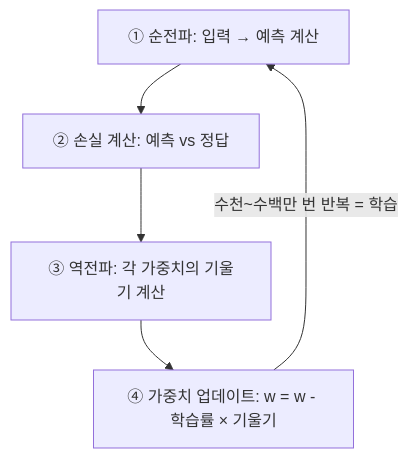
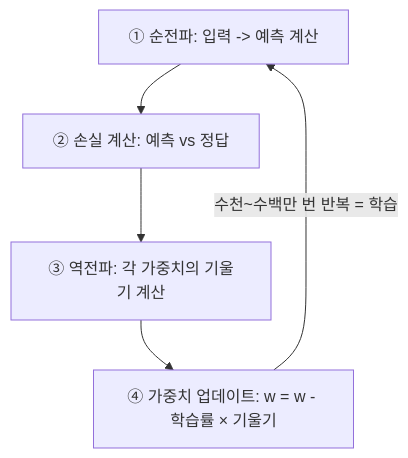
The third of 3 diagrams in docs/chapters/01-ai-basics/how-learning-works.md (speson/tom-learn-ai), drawn with Mermaid before and after one commit. The commit also changed 5 other files, not shown here.

First line of the commit message:
Mermaid 문법 호환성 수정

````diff
--- a/docs/chapters/01-ai-basics/how-learning-works.md
+++ b/docs/chapters/01-ai-basics/how-learning-works.md
@@ -154,9 +154,9 @@
 ```mermaid
 graph TD
-    S1["① 순전파: 입력 → 예측 계산"]
+    S1["① 순전파: 입력 -> 예측 계산"]
     S2["② 손실 계산: 예측 vs 정답"]
     S3["③ 역전파: 각 가중치의 기울기 계산"]
     S4["④ 가중치 업데이트: w = w - 학습률 × 기울기"]
     S1 --> S2 --> S3 --> S4
     S4 -->|수천~수백만 번 반복 = 학습| S1
 ```
````
